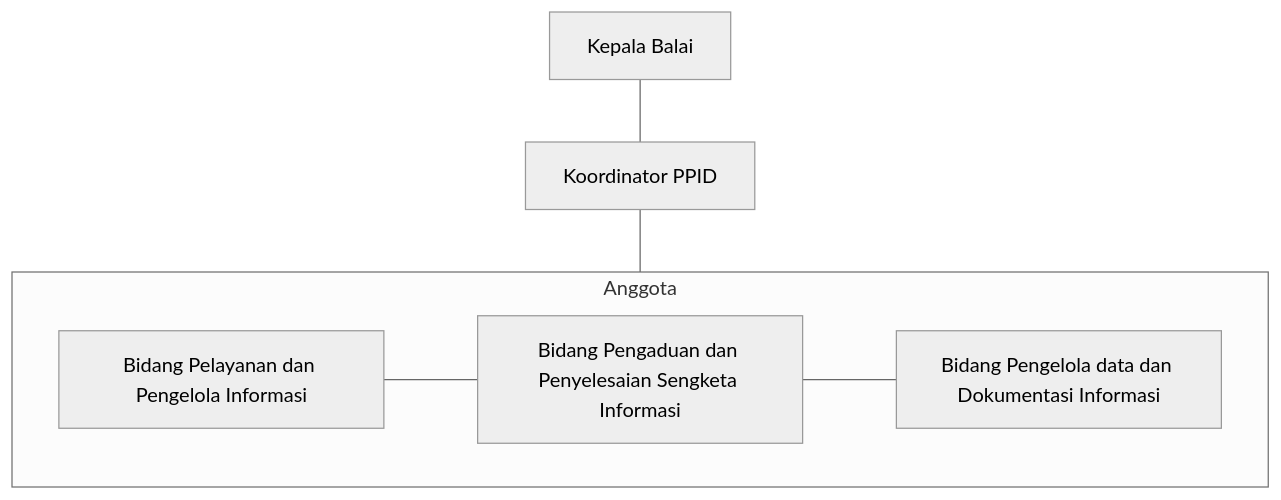
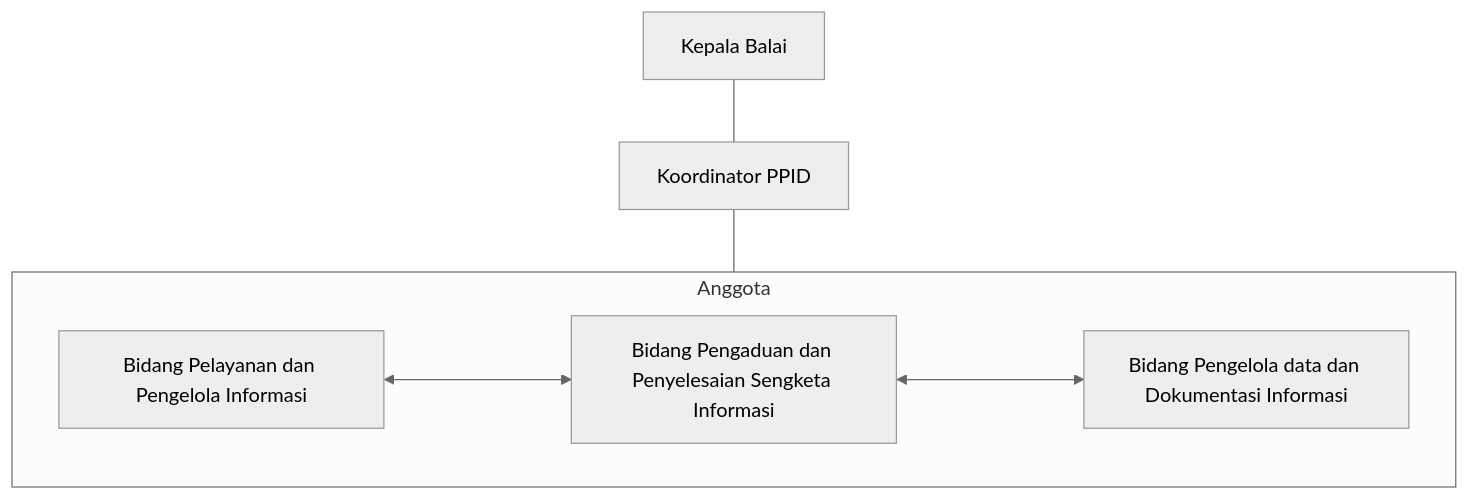
The diagram in struktur.mdx (gov0435/docs), drawn with Mermaid (neutral theme) before and after one commit. The commit also changed 1 other file, not shown here.

Commit message:
add tombol tambah info

````diff
--- a/struktur.mdx
+++ b/struktur.mdx
@@ -11,11 +11,11 @@
 ```mermaid
 flowchart TD
     A[Kepala Balai] --- B[Koordinator PPID]
     B --- Anggota
     subgraph Anggota
         direction LR
-        C1[Bidang Pelayanan dan Pengelola Informasi] --- C2[Bidang Pengaduan dan Penyelesaian Sengketa Informasi]
-        C2 --- C3[Bidang Pengelola data dan Dokumentasi Informasi]
+        C1[Bidang Pelayanan dan Pengelola Informasi] <---> C2[Bidang Pengaduan dan Penyelesaian Sengketa Informasi]
+        C2 <---> C3[Bidang Pengelola data dan Dokumentasi Informasi]
     end
   
 ```
````
